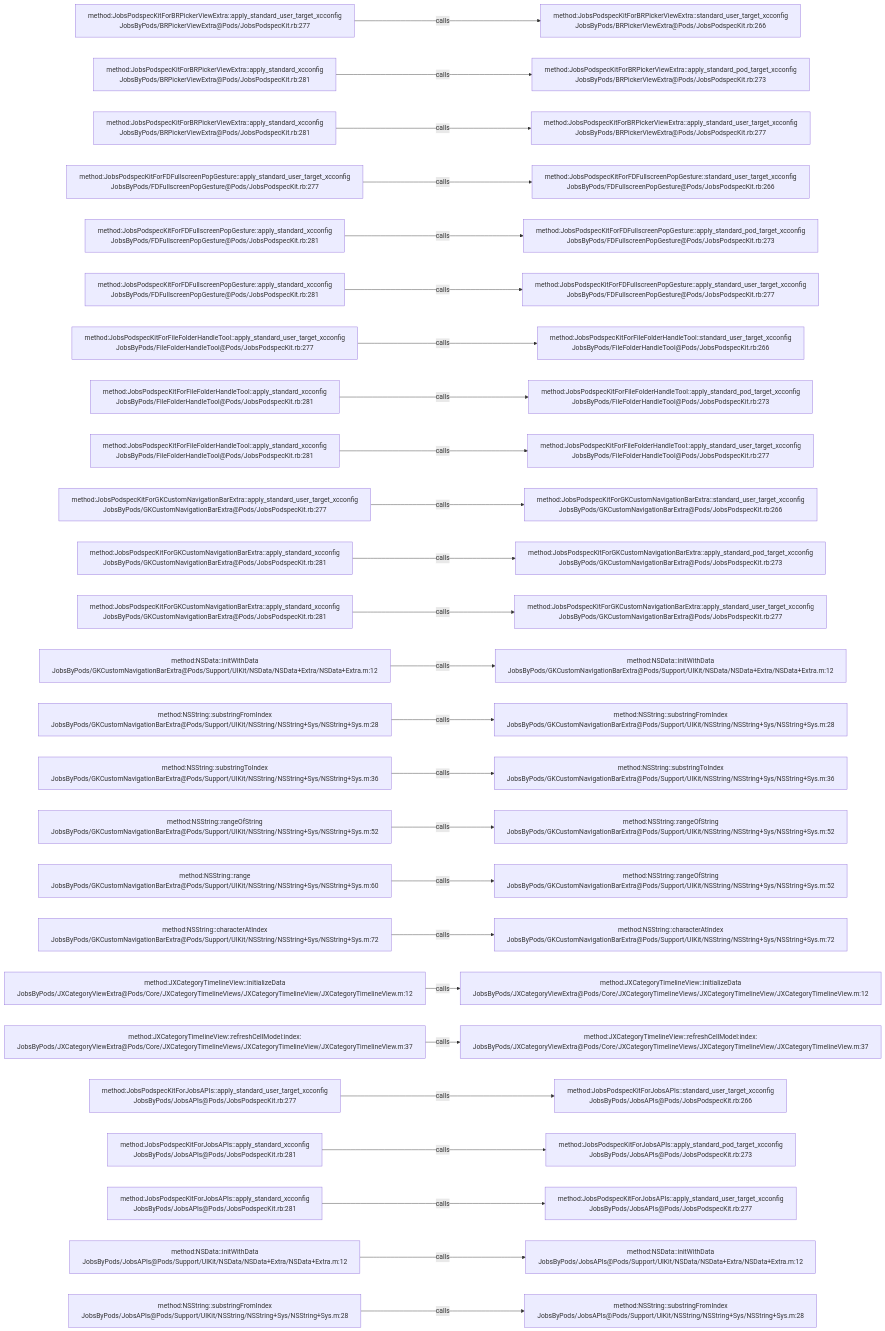
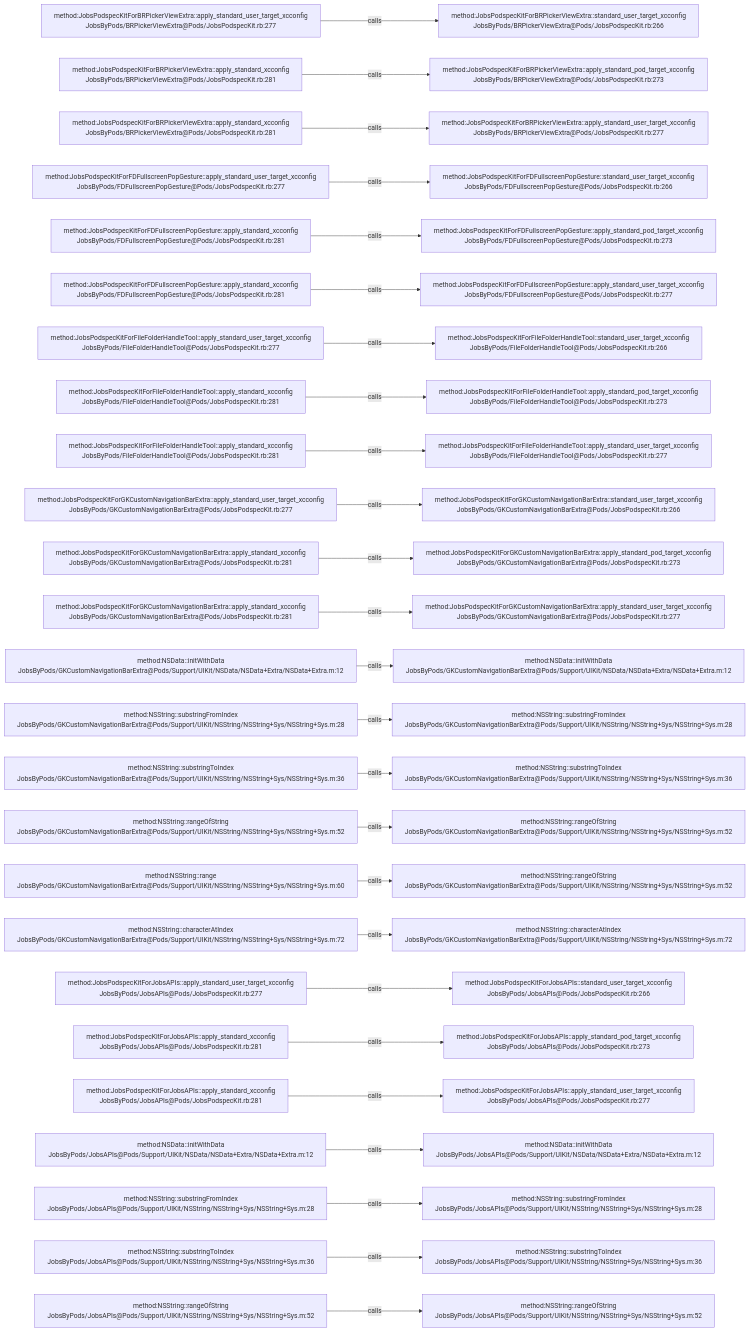
Before and after one commit to JobsKits/JobsOCBaseConfigDemo: the diagram in .codegraph/codegraph.md/graphs/calls-001.md, drawn with Mermaid. The commit also changed 727 other files, not shown here.

````diff
--- a/.codegraph/codegraph.md/graphs/calls-001.md
+++ b/.codegraph/codegraph.md/graphs/calls-001.md
@@ -13,78 +13,78 @@
 ```mermaid
 flowchart LR
   S1["method:JobsPodspecKitForBRPickerViewExtra::apply_standard_user_target_xcconfig<br/>JobsByPods/BRPickerViewExtra@Pods/JobsPodspecKit.rb:277"]
   T1["method:JobsPodspecKitForBRPickerViewExtra::standard_user_target_xcconfig<br/>JobsByPods/BRPickerViewExtra@Pods/JobsPodspecKit.rb:266"]
   S1 -->|calls| T1
   S2["method:JobsPodspecKitForBRPickerViewExtra::apply_standard_xcconfig<br/>JobsByPods/BRPickerViewExtra@Pods/JobsPodspecKit.rb:281"]
   T2["method:JobsPodspecKitForBRPickerViewExtra::apply_standard_pod_target_xcconfig<br/>JobsByPods/BRPickerViewExtra@Pods/JobsPodspecKit.rb:273"]
   S2 -->|calls| T2
   S3["method:JobsPodspecKitForBRPickerViewExtra::apply_standard_xcconfig<br/>JobsByPods/BRPickerViewExtra@Pods/JobsPodspecKit.rb:281"]
   T3["method:JobsPodspecKitForBRPickerViewExtra::apply_standard_user_target_xcconfig<br/>JobsByPods/BRPickerViewExtra@Pods/JobsPodspecKit.rb:277"]
   S3 -->|calls| T3
   S4["method:JobsPodspecKitForFDFullscreenPopGesture::apply_standard_user_target_xcconfig<br/>JobsByPods/FDFullscreenPopGesture@Pods/JobsPodspecKit.rb:277"]
   T4["method:JobsPodspecKitForFDFullscreenPopGesture::standard_user_target_xcconfig<br/>JobsByPods/FDFullscreenPopGesture@Pods/JobsPodspecKit.rb:266"]
   S4 -->|calls| T4
   S5["method:JobsPodspecKitForFDFullscreenPopGesture::apply_standard_xcconfig<br/>JobsByPods/FDFullscreenPopGesture@Pods/JobsPodspecKit.rb:281"]
   T5["method:JobsPodspecKitForFDFullscreenPopGesture::apply_standard_pod_target_xcconfig<br/>JobsByPods/FDFullscreenPopGesture@Pods/JobsPodspecKit.rb:273"]
   S5 -->|calls| T5
   S6["method:JobsPodspecKitForFDFullscreenPopGesture::apply_standard_xcconfig<br/>JobsByPods/FDFullscreenPopGesture@Pods/JobsPodspecKit.rb:281"]
   T6["method:JobsPodspecKitForFDFullscreenPopGesture::apply_standard_user_target_xcconfig<br/>JobsByPods/FDFullscreenPopGesture@Pods/JobsPodspecKit.rb:277"]
   S6 -->|calls| T6
   S7["method:JobsPodspecKitForFileFolderHandleTool::apply_standard_user_target_xcconfig<br/>JobsByPods/FileFolderHandleTool@Pods/JobsPodspecKit.rb:277"]
   T7["method:JobsPodspecKitForFileFolderHandleTool::standard_user_target_xcconfig<br/>JobsByPods/FileFolderHandleTool@Pods/JobsPodspecKit.rb:266"]
   S7 -->|calls| T7
   S8["method:JobsPodspecKitForFileFolderHandleTool::apply_standard_xcconfig<br/>JobsByPods/FileFolderHandleTool@Pods/JobsPodspecKit.rb:281"]
   T8["method:JobsPodspecKitForFileFolderHandleTool::apply_standard_pod_target_xcconfig<br/>JobsByPods/FileFolderHandleTool@Pods/JobsPodspecKit.rb:273"]
   S8 -->|calls| T8
   S9["method:JobsPodspecKitForFileFolderHandleTool::apply_standard_xcconfig<br/>JobsByPods/FileFolderHandleTool@Pods/JobsPodspecKit.rb:281"]
   T9["method:JobsPodspecKitForFileFolderHandleTool::apply_standard_user_target_xcconfig<br/>JobsByPods/FileFolderHandleTool@Pods/JobsPodspecKit.rb:277"]
   S9 -->|calls| T9
   S10["method:JobsPodspecKitForGKCustomNavigationBarExtra::apply_standard_user_target_xcconfig<br/>JobsByPods/GKCustomNavigationBarExtra@Pods/JobsPodspecKit.rb:277"]
   T10["method:JobsPodspecKitForGKCustomNavigationBarExtra::standard_user_target_xcconfig<br/>JobsByPods/GKCustomNavigationBarExtra@Pods/JobsPodspecKit.rb:266"]
   S10 -->|calls| T10
   S11["method:JobsPodspecKitForGKCustomNavigationBarExtra::apply_standard_xcconfig<br/>JobsByPods/GKCustomNavigationBarExtra@Pods/JobsPodspecKit.rb:281"]
   T11["method:JobsPodspecKitForGKCustomNavigationBarExtra::apply_standard_pod_target_xcconfig<br/>JobsByPods/GKCustomNavigationBarExtra@Pods/JobsPodspecKit.rb:273"]
   S11 -->|calls| T11
   S12["method:JobsPodspecKitForGKCustomNavigationBarExtra::apply_standard_xcconfig<br/>JobsByPods/GKCustomNavigationBarExtra@Pods/JobsPodspecKit.rb:281"]
   T12["method:JobsPodspecKitForGKCustomNavigationBarExtra::apply_standard_user_target_xcconfig<br/>JobsByPods/GKCustomNavigationBarExtra@Pods/JobsPodspecKit.rb:277"]
   S12 -->|calls| T12
   S13["method:NSData::initWithData<br/>JobsByPods/GKCustomNavigationBarExtra@Pods/Support/UIKit/NSData/NSData+Extra/NSData+Extra.m:12"]
   T13["method:NSData::initWithData<br/>JobsByPods/GKCustomNavigationBarExtra@Pods/Support/UIKit/NSData/NSData+Extra/NSData+Extra.m:12"]
   S13 -->|calls| T13
   S14["method:NSString::substringFromIndex<br/>JobsByPods/GKCustomNavigationBarExtra@Pods/Support/UIKit/NSString/NSString+Sys/NSString+Sys.m:28"]
   T14["method:NSString::substringFromIndex<br/>JobsByPods/GKCustomNavigationBarExtra@Pods/Support/UIKit/NSString/NSString+Sys/NSString+Sys.m:28"]
   S14 -->|calls| T14
   S15["method:NSString::substringToIndex<br/>JobsByPods/GKCustomNavigationBarExtra@Pods/Support/UIKit/NSString/NSString+Sys/NSString+Sys.m:36"]
   T15["method:NSString::substringToIndex<br/>JobsByPods/GKCustomNavigationBarExtra@Pods/Support/UIKit/NSString/NSString+Sys/NSString+Sys.m:36"]
   S15 -->|calls| T15
   S16["method:NSString::rangeOfString<br/>JobsByPods/GKCustomNavigationBarExtra@Pods/Support/UIKit/NSString/NSString+Sys/NSString+Sys.m:52"]
   T16["method:NSString::rangeOfString<br/>JobsByPods/GKCustomNavigationBarExtra@Pods/Support/UIKit/NSString/NSString+Sys/NSString+Sys.m:52"]
   S16 -->|calls| T16
   S17["method:NSString::range<br/>JobsByPods/GKCustomNavigationBarExtra@Pods/Support/UIKit/NSString/NSString+Sys/NSString+Sys.m:60"]
   T17["method:NSString::rangeOfString<br/>JobsByPods/GKCustomNavigationBarExtra@Pods/Support/UIKit/NSString/NSString+Sys/NSString+Sys.m:52"]
   S17 -->|calls| T17
   S18["method:NSString::characterAtIndex<br/>JobsByPods/GKCustomNavigationBarExtra@Pods/Support/UIKit/NSString/NSString+Sys/NSString+Sys.m:72"]
   T18["method:NSString::characterAtIndex<br/>JobsByPods/GKCustomNavigationBarExtra@Pods/Support/UIKit/NSString/NSString+Sys/NSString+Sys.m:72"]
   S18 -->|calls| T18
-  S19["method:JXCategoryTimelineView::initializeData<br/>JobsByPods/JXCategoryViewExtra@Pods/Core/JXCategoryTimelineViews/JXCategoryTimelineView/JXCategoryTimelineView.m:12"]
-  T19["method:JXCategoryTimelineView::initializeData<br/>JobsByPods/JXCategoryViewExtra@Pods/Core/JXCategoryTimelineViews/JXCategoryTimelineView/JXCategoryTimelineView.m:12"]
+  S19["method:JobsPodspecKitForJobsAPIs::apply_standard_user_target_xcconfig<br/>JobsByPods/JobsAPIs@Pods/JobsPodspecKit.rb:277"]
+  T19["method:JobsPodspecKitForJobsAPIs::standard_user_target_xcconfig<br/>JobsByPods/JobsAPIs@Pods/JobsPodspecKit.rb:266"]
   S19 -->|calls| T19
-  S20["method:JXCategoryTimelineView::refreshCellModel:index:<br/>JobsByPods/JXCategoryViewExtra@Pods/Core/JXCategoryTimelineViews/JXCategoryTimelineView/JXCategoryTimelineView.m:37"]
-  T20["method:JXCategoryTimelineView::refreshCellModel:index:<br/>JobsByPods/JXCategoryViewExtra@Pods/Core/JXCategoryTimelineViews/JXCategoryTimelineView/JXCategoryTimelineView.m:37"]
+  S20["method:JobsPodspecKitForJobsAPIs::apply_standard_xcconfig<br/>JobsByPods/JobsAPIs@Pods/JobsPodspecKit.rb:281"]
+  T20["method:JobsPodspecKitForJobsAPIs::apply_standard_pod_target_xcconfig<br/>JobsByPods/JobsAPIs@Pods/JobsPodspecKit.rb:273"]
   S20 -->|calls| T20
-  S21["method:JobsPodspecKitForJobsAPIs::apply_standard_user_target_xcconfig<br/>JobsByPods/JobsAPIs@Pods/JobsPodspecKit.rb:277"]
-  T21["method:JobsPodspecKitForJobsAPIs::standard_user_target_xcconfig<br/>JobsByPods/JobsAPIs@Pods/JobsPodspecKit.rb:266"]
+  S21["method:JobsPodspecKitForJobsAPIs::apply_standard_xcconfig<br/>JobsByPods/JobsAPIs@Pods/JobsPodspecKit.rb:281"]
+  T21["method:JobsPodspecKitForJobsAPIs::apply_standard_user_target_xcconfig<br/>JobsByPods/JobsAPIs@Pods/JobsPodspecKit.rb:277"]
   S21 -->|calls| T21
-  S22["method:JobsPodspecKitForJobsAPIs::apply_standard_xcconfig<br/>JobsByPods/JobsAPIs@Pods/JobsPodspecKit.rb:281"]
-  T22["method:JobsPodspecKitForJobsAPIs::apply_standard_pod_target_xcconfig<br/>JobsByPods/JobsAPIs@Pods/JobsPodspecKit.rb:273"]
+  S22["method:NSData::initWithData<br/>JobsByPods/JobsAPIs@Pods/Support/UIKit/NSData/NSData+Extra/NSData+Extra.m:12"]
+  T22["method:NSData::initWithData<br/>JobsByPods/JobsAPIs@Pods/Support/UIKit/NSData/NSData+Extra/NSData+Extra.m:12"]
   S22 -->|calls| T22
-  S23["method:JobsPodspecKitForJobsAPIs::apply_standard_xcconfig<br/>JobsByPods/JobsAPIs@Pods/JobsPodspecKit.rb:281"]
-  T23["method:JobsPodspecKitForJobsAPIs::apply_standard_user_target_xcconfig<br/>JobsByPods/JobsAPIs@Pods/JobsPodspecKit.rb:277"]
+  S23["method:NSString::substringFromIndex<br/>JobsByPods/JobsAPIs@Pods/Support/UIKit/NSString/NSString+Sys/NSString+Sys.m:28"]
+  T23["method:NSString::substringFromIndex<br/>JobsByPods/JobsAPIs@Pods/Support/UIKit/NSString/NSString+Sys/NSString+Sys.m:28"]
   S23 -->|calls| T23
-  S24["method:NSData::initWithData<br/>JobsByPods/JobsAPIs@Pods/Support/UIKit/NSData/NSData+Extra/NSData+Extra.m:12"]
-  T24["method:NSData::initWithData<br/>JobsByPods/JobsAPIs@Pods/Support/UIKit/NSData/NSData+Extra/NSData+Extra.m:12"]
+  S24["method:NSString::substringToIndex<br/>JobsByPods/JobsAPIs@Pods/Support/UIKit/NSString/NSString+Sys/NSString+Sys.m:36"]
+  T24["method:NSString::substringToIndex<br/>JobsByPods/JobsAPIs@Pods/Support/UIKit/NSString/NSString+Sys/NSString+Sys.m:36"]
   S24 -->|calls| T24
-  S25["method:NSString::substringFromIndex<br/>JobsByPods/JobsAPIs@Pods/Support/UIKit/NSString/NSString+Sys/NSString+Sys.m:28"]
-  T25["method:NSString::substringFromIndex<br/>JobsByPods/JobsAPIs@Pods/Support/UIKit/NSString/NSString+Sys/NSString+Sys.m:28"]
+  S25["method:NSString::rangeOfString<br/>JobsByPods/JobsAPIs@Pods/Support/UIKit/NSString/NSString+Sys/NSString+Sys.m:52"]
+  T25["method:NSString::rangeOfString<br/>JobsByPods/JobsAPIs@Pods/Support/UIKit/NSString/NSString+Sys/NSString+Sys.m:52"]
   S25 -->|calls| T25
 ```
````
